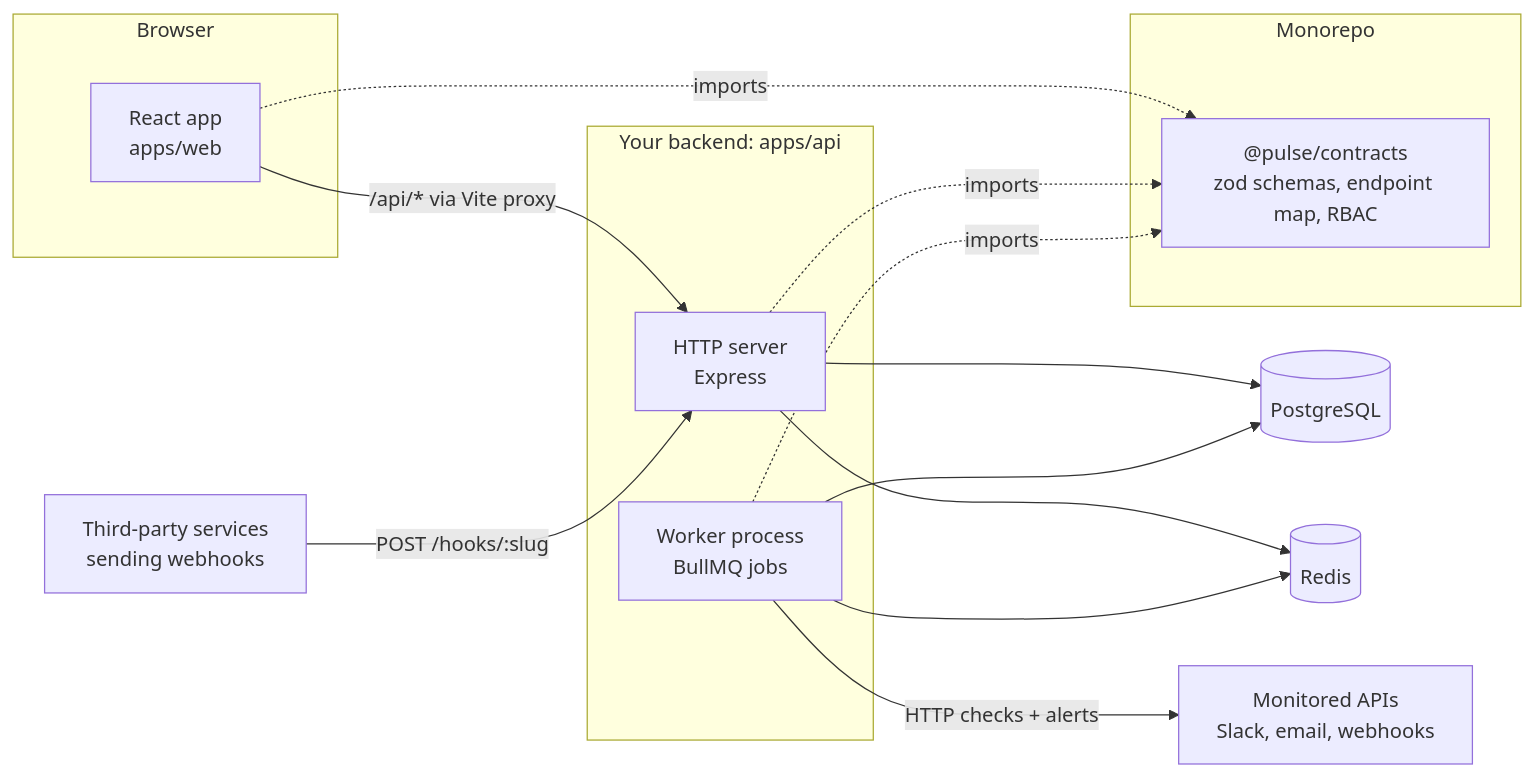
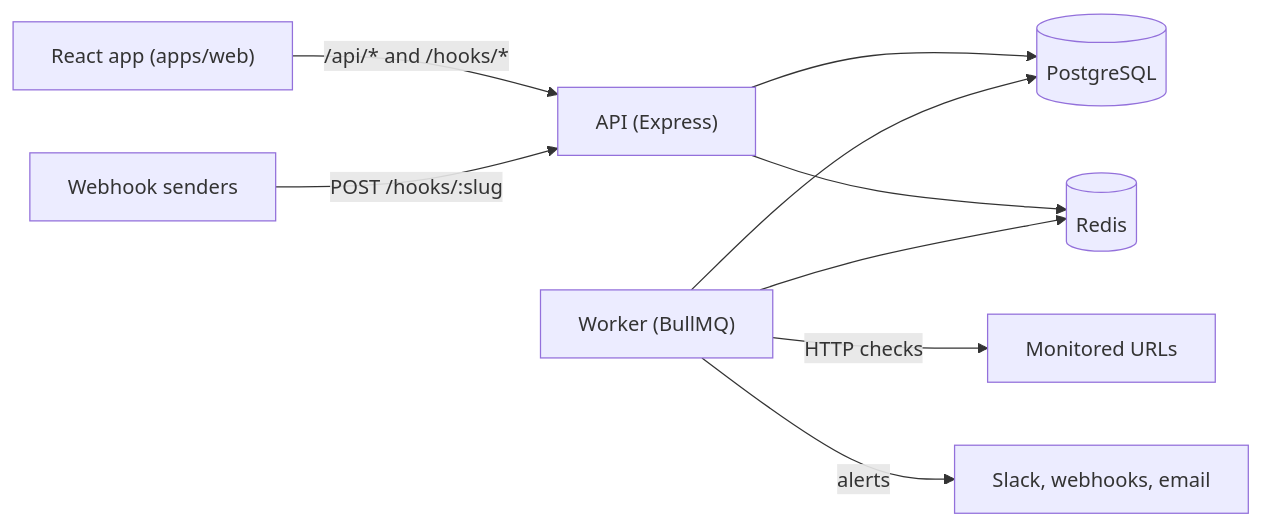
Before and after one commit to MohammadRaiyyan/pulse: the first of 2 diagrams in docs/backend-guide.md, drawn with Mermaid. The commit also changed other lines of this file and 115 other files, not shown here.

First line of the commit message:
Build the backend API and worker

````diff
--- a/docs/backend-guide.md
+++ b/docs/backend-guide.md
@@ -48,28 +46,11 @@
 ```mermaid
 flowchart LR
-  subgraph Browser
-    FE["React app<br/>apps/web"]
-  end
-  subgraph Monorepo
-    C["@pulse/contracts<br/>zod schemas, endpoint map, RBAC"]
-  end
-  subgraph Server["Your backend: apps/api"]
-    API["HTTP server<br/>Express"]
-    W["Worker process<br/>BullMQ jobs"]
-  end
-  PG[("PostgreSQL")]
-  R[("Redis")]
-  EXT["Monitored APIs<br/>Slack, email, webhooks"]
-  SRC["Third-party services<br/>sending webhooks"]
-
-  FE -- "/api/* via Vite proxy" --> API
-  FE -. imports .-> C
-  API -. imports .-> C
-  W -. imports .-> C
-  API --> PG
-  API --> R
-  W --> PG
+  FE["React app (apps/web)"] -- "/api/* and /hooks/*" --> API["API (Express)"]
+  SRC["Webhook senders"] -- "POST /hooks/:slug" --> API
+  API --> PG[("PostgreSQL")]
+  API --> R[("Redis")]
+  W["Worker (BullMQ)"] --> PG
   W --> R
-  W -- "HTTP checks + alerts" --> EXT
-  SRC -- "POST /hooks/:slug" --> API
+  W -- "HTTP checks" --> EXT["Monitored URLs"]
+  W -- "alerts" --> OUT["Slack, webhooks, email"]
 ```
````
